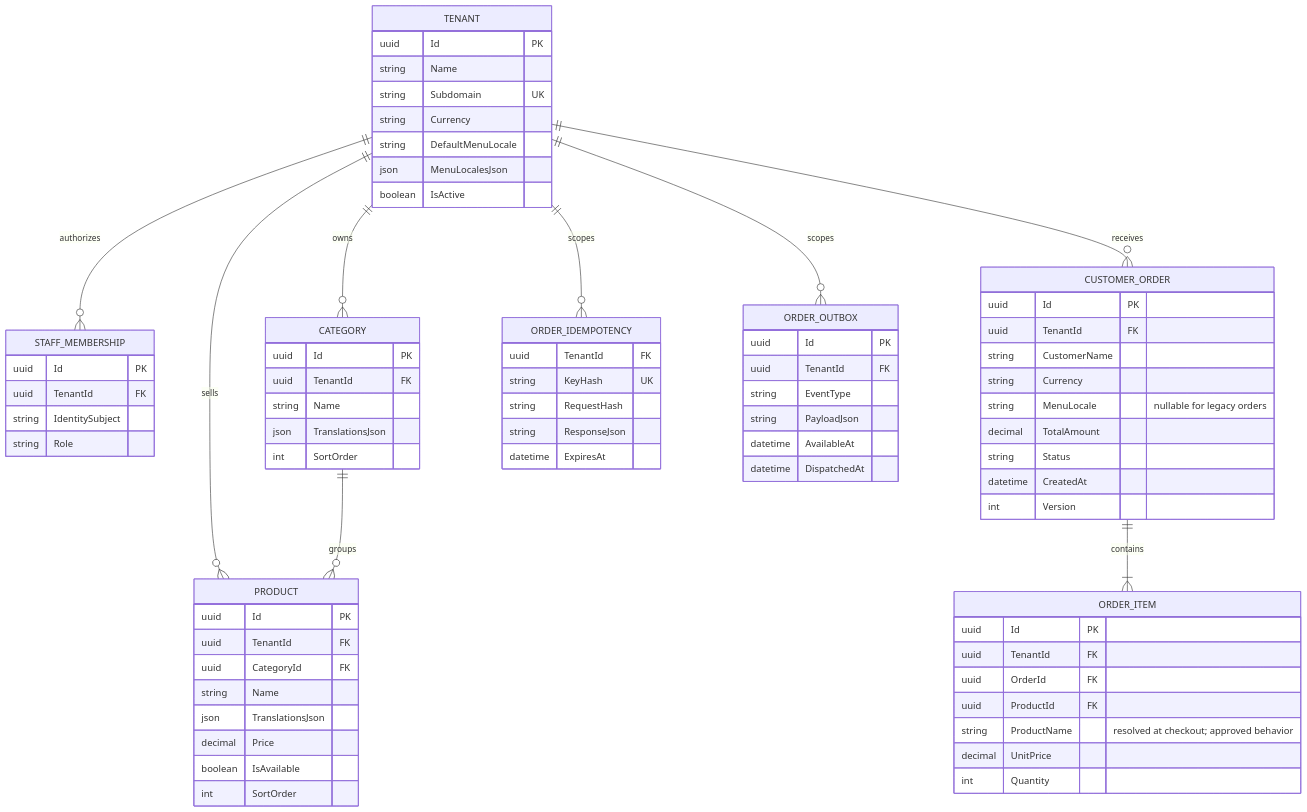
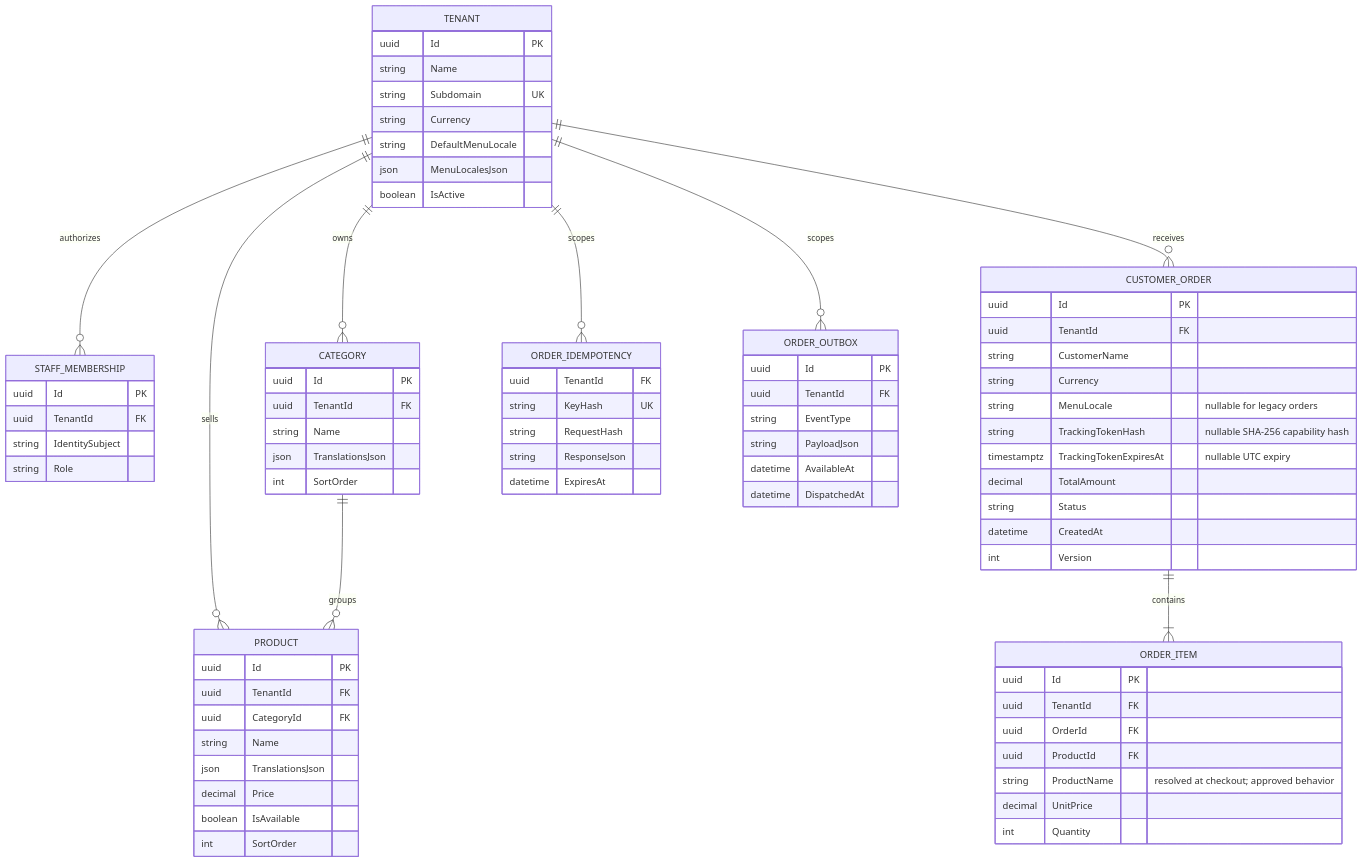
One commit to whritou/WhitePlate changed the diagram in docs/database/database-schema.md. Above: the diagram before and after it, drawn with Mermaid. The commit also changed other lines of this file and 43 other files, not shown here.

````diff
--- a/docs/database/database-schema.md
+++ b/docs/database/database-schema.md
@@ -40,79 +40,81 @@
 ```mermaid
 erDiagram
     TENANT ||--o{ STAFF_MEMBERSHIP : authorizes
     TENANT ||--o{ CATEGORY : owns
     TENANT ||--o{ PRODUCT : sells
     TENANT ||--o{ CUSTOMER_ORDER : receives
     CATEGORY ||--o{ PRODUCT : groups
     CUSTOMER_ORDER ||--|{ ORDER_ITEM : contains
     TENANT ||--o{ ORDER_IDEMPOTENCY : scopes
     TENANT ||--o{ ORDER_OUTBOX : scopes
 
     TENANT {
         uuid Id PK
         string Name
         string Subdomain UK
         string Currency
         string DefaultMenuLocale
         json MenuLocalesJson
         boolean IsActive
     }
     STAFF_MEMBERSHIP {
         uuid Id PK
         uuid TenantId FK
         string IdentitySubject
         string Role
     }
     CATEGORY {
         uuid Id PK
         uuid TenantId FK
         string Name
         json TranslationsJson
         int SortOrder
     }
     PRODUCT {
         uuid Id PK
         uuid TenantId FK
         uuid CategoryId FK
         string Name
         json TranslationsJson
         decimal Price
         boolean IsAvailable
         int SortOrder
     }
     CUSTOMER_ORDER {
         uuid Id PK
         uuid TenantId FK
         string CustomerName
         string Currency
         string MenuLocale "nullable for legacy orders"
+        string TrackingTokenHash "nullable SHA-256 capability hash"
+        timestamptz TrackingTokenExpiresAt "nullable UTC expiry"
         decimal TotalAmount
         string Status
         datetime CreatedAt
         int Version
     }
     ORDER_ITEM {
         uuid Id PK
         uuid TenantId FK
         uuid OrderId FK
         uuid ProductId FK
         string ProductName "resolved at checkout; approved behavior"
         decimal UnitPrice
         int Quantity
     }
     ORDER_IDEMPOTENCY {
         uuid TenantId FK
         string KeyHash UK
         string RequestHash
         string ResponseJson
         datetime ExpiresAt
     }
     ORDER_OUTBOX {
         uuid Id PK
         uuid TenantId FK
         string EventType
         string PayloadJson
         datetime AvailableAt
         datetime DispatchedAt
     }
 ```
````
